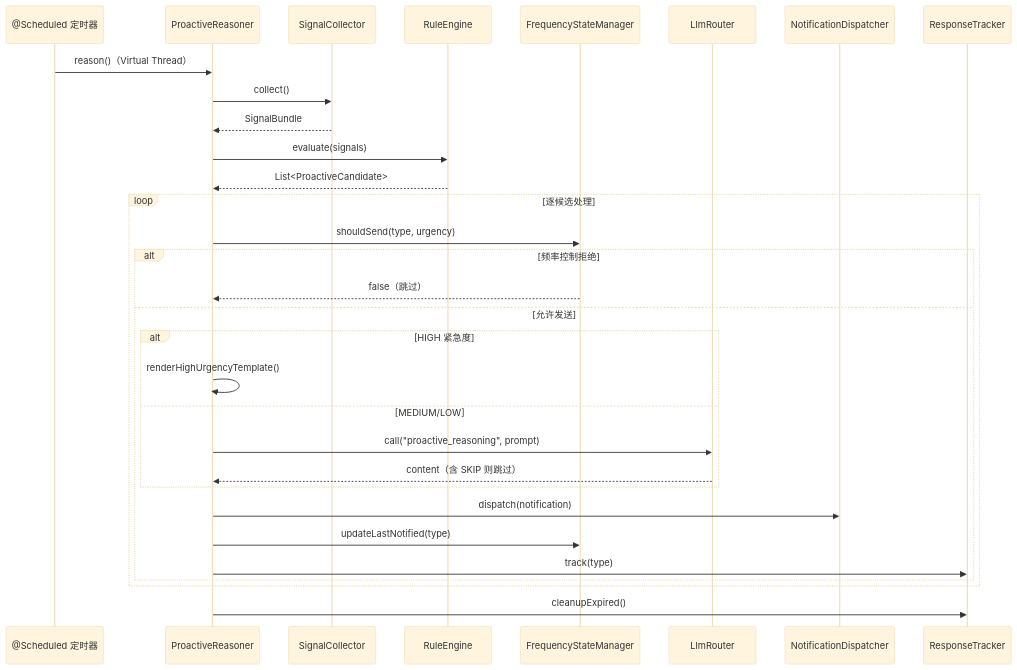
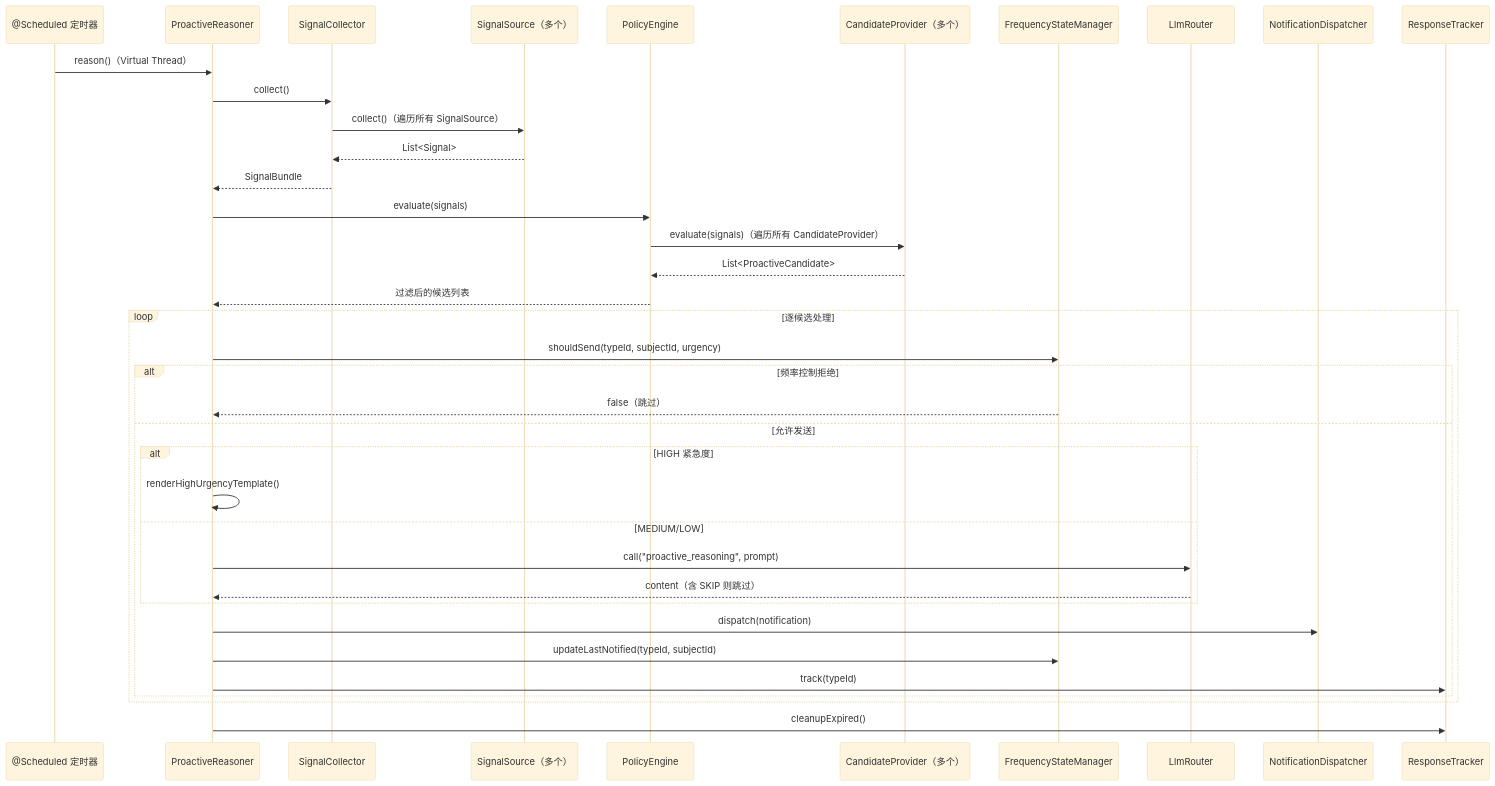
One commit to ntygod/LifePilot changed the second of 4 diagrams in docs/architecture/proactive-reasoning.md. Above: the diagram before and after it, drawn with Mermaid (base theme). The commit also changed other lines of this file and 7 other files, not shown here.

````diff
--- a/docs/architecture/proactive-reasoning.md
+++ b/docs/architecture/proactive-reasoning.md
@@ -112,36 +152,42 @@
 ```mermaid
 sequenceDiagram
     participant Timer as @Scheduled 定时器
     participant PR as ProactiveReasoner
     participant SC as SignalCollector
-    participant RE as RuleEngine
+    participant SS as SignalSource（多个）
+    participant PE as PolicyEngine
+    participant CP as CandidateProvider（多个）
     participant FSM as FrequencyStateManager
     participant LLM as LlmRouter
     participant ND as NotificationDispatcher
     participant RT as ResponseTracker
 
     Timer->>PR: reason()（Virtual Thread）
     PR->>SC: collect()
+    SC->>SS: collect()（遍历所有 SignalSource）
+    SS-->>SC: List<Signal>
     SC-->>PR: SignalBundle
-    PR->>RE: evaluate(signals)
-    RE-->>PR: List<ProactiveCandidate>
+    PR->>PE: evaluate(signals)
+    PE->>CP: evaluate(signals)（遍历所有 CandidateProvider）
+    CP-->>PE: List<ProactiveCandidate>
+    PE-->>PR: 过滤后的候选列表
 
     loop 逐候选处理
-        PR->>FSM: shouldSend(type, urgency)
+        PR->>FSM: shouldSend(typeId, subjectId, urgency)
         alt 频率控制拒绝
             FSM-->>PR: false（跳过）
         else 允许发送
             alt HIGH 紧急度
                 PR->>PR: renderHighUrgencyTemplate()
             else MEDIUM/LOW
                 PR->>LLM: call("proactive_reasoning", prompt)
                 LLM-->>PR: content（含 SKIP 则跳过）
             end
             PR->>ND: dispatch(notification)
-            PR->>FSM: updateLastNotified(type)
-            PR->>RT: track(type)
+            PR->>FSM: updateLastNotified(typeId, subjectId)
+            PR->>RT: track(typeId)
         end
     end
 
     PR->>RT: cleanupExpired()
 ```
````
